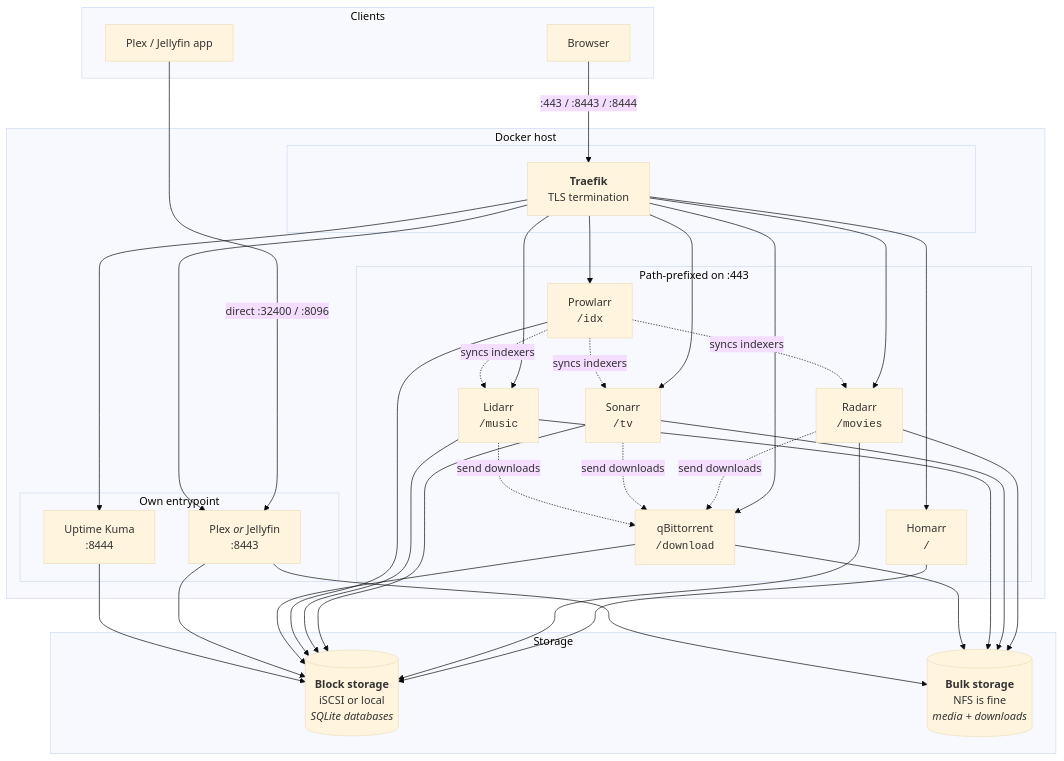
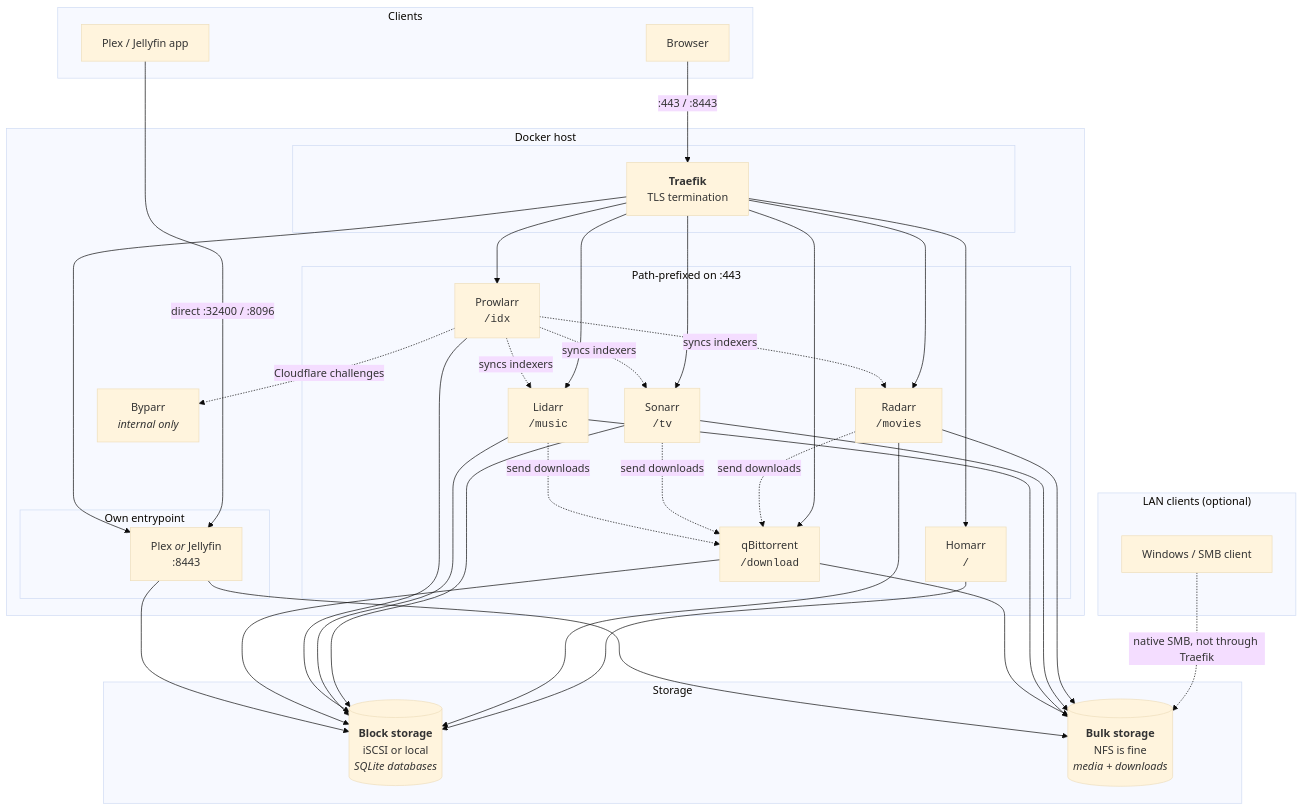
Before and after one commit to AndyProsser/media-suite: the diagram in docs/architecture.md, drawn with Mermaid (base theme). The commit also changed other lines of this file and 18 other files, not shown here.

First line of the commit message:
Remove Uptime Kuma, add Byparr, fix qBittorrent path mapping, add SMB share

````diff
--- a/docs/architecture.md
+++ b/docs/architecture.md
@@ -7,44 +7,51 @@
 ```mermaid
 flowchart TB
     subgraph clients["Clients"]
         browser["Browser"]
         app["Plex / Jellyfin app"]
     end
 
     subgraph host["Docker host"]
         subgraph proxy_layer[" "]
             traefik["<b>Traefik</b><br/>TLS termination"]
         end
 
         subgraph apps["Path-prefixed on :443"]
             homarr["Homarr<br/><code>/</code>"]
             radarr["Radarr<br/><code>/movies</code>"]
             sonarr["Sonarr<br/><code>/tv</code>"]
             lidarr["Lidarr<br/><code>/music</code>"]
             prowlarr["Prowlarr<br/><code>/idx</code>"]
             qbit["qBittorrent<br/><code>/download</code>"]
         end
 
         subgraph roots["Own entrypoint"]
             media["Plex <i>or</i> Jellyfin<br/>:8443"]
-            kuma["Uptime Kuma<br/>:8444"]
         end
+
+        byparr["Byparr<br/><i>internal only</i>"]
     end
 
     subgraph storage["Storage"]
         block[("<b>Block storage</b><br/>iSCSI or local<br/><i>SQLite databases</i>")]
         bulk[("<b>Bulk storage</b><br/>NFS is fine<br/><i>media + downloads</i>")]
     end
 
-    browser -->|":443 / :8443 / :8444"| traefik
+    subgraph lan["LAN clients (optional)"]
+        smb["Windows / SMB client"]
+    end
+
+    browser -->|":443 / :8443"| traefik
     app -->|"direct :32400 / :8096"| media
+    smb -.->|"native SMB, not through Traefik"| bulk
 
     traefik --> homarr & radarr & sonarr & lidarr & prowlarr & qbit
-    traefik --> media & kuma
+    traefik --> media
 
     prowlarr -.->|"syncs indexers"| radarr & sonarr & lidarr
+    prowlarr -.->|"Cloudflare challenges"| byparr
     radarr & sonarr & lidarr -.->|"send downloads"| qbit
 
-    homarr & radarr & sonarr & lidarr & prowlarr & qbit & media & kuma --> block
+    homarr & radarr & sonarr & lidarr & prowlarr & qbit & media --> block
     radarr & sonarr & lidarr & qbit & media --> bulk
 ```
````
